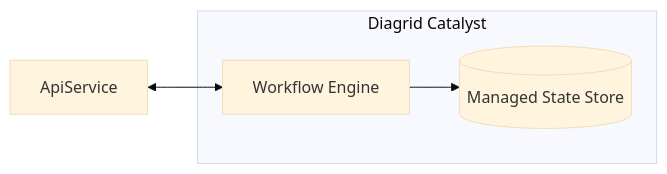
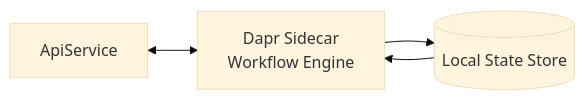
One commit to diagrid-labs/dapr-workflow-versioning changed the fifth of 5 diagrams in README.md. Above: the diagram before and after it, drawn with Mermaid (base theme). The commit also changed other lines of this file, not shown here.

````diff
--- a/README.md
+++ b/README.md
@@ -91,10 +92,9 @@
 ```mermaid
 graph LR
     Service[ApiService]
-    subgraph Catalyst[Diagrid Catalyst]
-        Sidecar[Workflow Engine]
-        Store[(Managed State Store)]
-    end
+    Sidecar[Dapr Sidecar<br/>Workflow Engine]
+    Store[(Local State Store)]
     Service <--> Sidecar
     Sidecar --> Store
+    Store --> Sidecar
 ```
````
